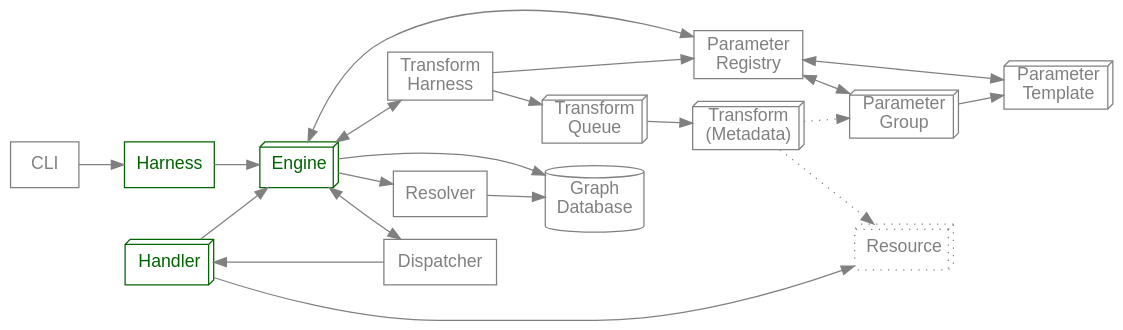
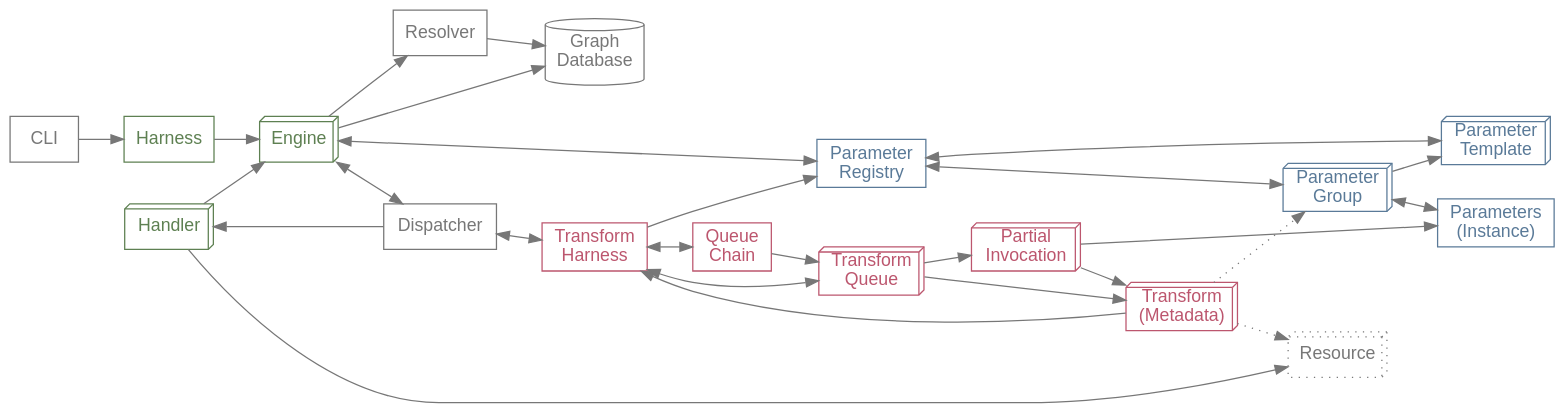
One commit to doriantaylor/rb-intertwingler changed the diagram in example/internal-access.dot. Above: the diagram before and after it, drawn with Graphviz. The commit also changed 4 other files, not shown here.

```diff
--- a/example/internal-access.dot
+++ b/example/internal-access.dot
@@ -1,60 +1,81 @@
 digraph {
     graph [bgcolor=transparent,rankdir=LR];
     // graph [rankdir=TB];
-    node [shape=box,color="#808080",fontcolor="#808080",fontname="Lucida Grande, Lucida Sans Unicode, sans-serif"];
-    edge [color="#808080",fontcolor="#808080",fontname="Lucida Grande, Lucida Sans Unicode, sans-serif"];
+    node [shape=box,color="#777777",fontcolor="#777777",fontname="Lucida Grande, Lucida Sans Unicode, sans-serif"];
+    edge [color="#777777",fontcolor="#777777",fontname="Lucida Grande, Lucida Sans Unicode, sans-serif"];
 
     subgraph multiples {
         node [shape=box3d];
 
         subgraph multihandlers {
-            node [color="darkgreen",fontcolor="darkgreen"];
+            node [color="#5e8052",fontcolor="#5e8052"];
             Handler;
             Engine;
         }
 
+        subgraph multiparam {
+            node [color="#5a7a98",fontcolor="#5a7a98"];
+            Parameter [label="Parameter\nTemplate"];
+            P_Group [label="Parameter\nGroup"];
+        }
+
+        subgraph multitransform {
+            node [color="#bc566e",fontcolor="#bc566e"];
+            Queue [label="Transform\nQueue"];
+            Entry [label="Transform\n(Metadata)"];
+            Partial [label="Partial\nInvocation"];
+        }
+
         Resource [style=dotted];
-        Parameter [label="Parameter\nTemplate"];
-        P_Group [label="Parameter\nGroup"];
-        Queue [label="Transform\nQueue"];
-        Entry [label="Transform\n(Metadata)"];
     }
 
     GraphDB [label="Graph\nDatabase", shape=cylinder];
-    T_Harness [label="Transform\nHarness"];
-    P_Registry [label="Parameter\nRegistry"];
 
     subgraph handlers {
-        node [color="darkgreen",fontcolor="darkgreen"];
+        node [color="#5e8052",fontcolor="#5e8052"];
         Harness;
+    }
+
+    subgraph params {
+        node [color="#5a7a98",fontcolor="#5a7a98"];
+        P_Registry [label="Parameter\nRegistry"];
+        P_Instance [label="Parameters\n(Instance)"];
+    }
+
+    subgraph transforms {
+        node [color="#bc566e",fontcolor="#bc566e"];
+        T_Harness [label="Transform\nHarness"];
+        Chain [label="Queue\nChain"];
     }
 
     subgraph backrefs {
         edge [dir=both];
 
-        Engine -> Dispatcher;
-        Engine -> T_Harness;
-        Engine -> P_Registry -> P_Group;
+        Engine -> Dispatcher -> T_Harness -> Chain;
+        T_Harness -> Queue;
+        Engine -> P_Registry -> P_Group -> P_Instance;
         P_Registry -> Parameter;
     }
 
     subgraph ephemeral {
         edge [style=dotted];
         // T_Harness -> P_Registry;
         // Dispatcher -> P_Registry;
         // Queue -> Dispatcher -> Resolver;
         // T_Harness -> GraphDB;
         // P_Registry -> GraphDB;
         Entry -> Resource;
         Entry -> P_Group;
         // Handler -> GraphDB;
     }
 
     CLI -> Harness -> Engine -> Resolver -> GraphDB;
     Engine -> GraphDB;
     Dispatcher -> Handler -> Resource;
     Handler -> Engine;
-    T_Harness -> Queue -> Entry;
+    Queue -> Entry -> T_Harness;
     T_Harness -> P_Registry;
+    Chain -> Queue -> Partial -> Entry;
+    Partial -> P_Instance;
     P_Group -> Parameter;
 }
```
